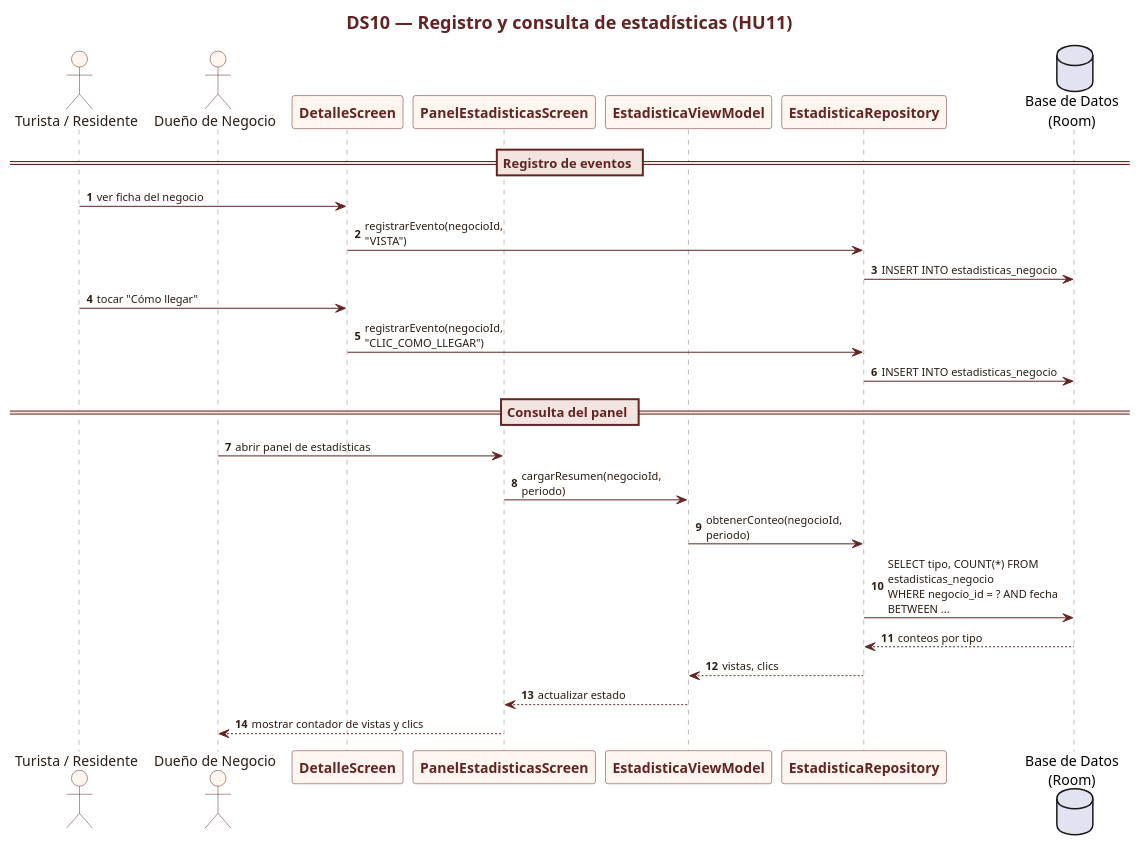
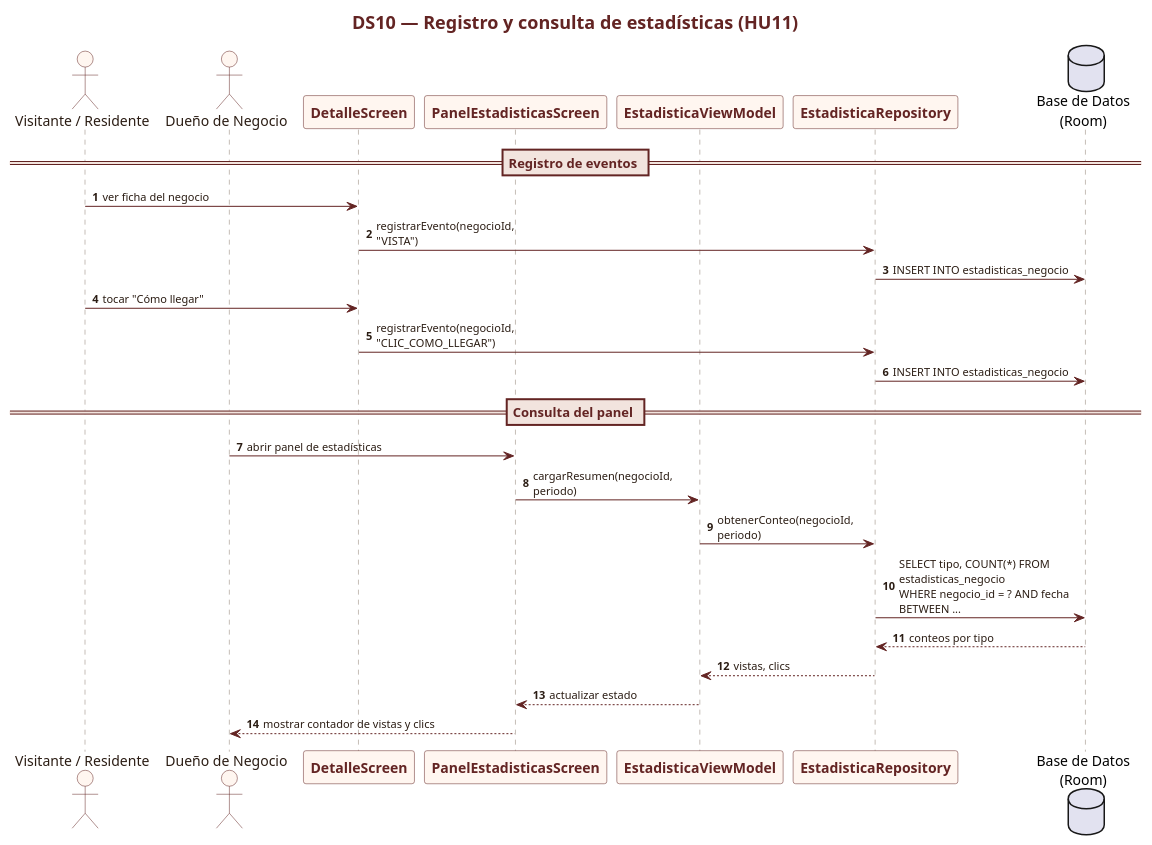
Before and after one commit to chelingo1994/LuciDan: the diagram in diagrams/S3_DS10_Estadisticas_Negocio.puml, drawn with PlantUML. The commit also changed 197 other files, not shown here.

```diff
--- a/diagrams/S3_DS10_Estadisticas_Negocio.puml
+++ b/diagrams/S3_DS10_Estadisticas_Negocio.puml
@@ -1,63 +1,63 @@
 @startuml
 
 skinparam backgroundColor white
 skinparam shadowing false
 skinparam defaultFontName Arial
 skinparam maxMessageSize 180
 skinparam sequenceArrowThickness 1
 skinparam ArrowColor #632423
 skinparam ArrowFontColor #2B1D14
 skinparam ArrowFontSize 11
 skinparam sequence {
   ActorBorderColor #632423
   ActorBackgroundColor #FFF6F0
   ActorFontColor #2B1D14
   ParticipantBorderColor #632423
   ParticipantBackgroundColor #FFF6F0
   ParticipantFontColor #632423
   ParticipantFontStyle bold
   LifeLineBorderColor #8A7A6C
   LifeLineBackgroundColor #FFF6F0
   BoxBorderColor #632423
   BoxFontColor #632423
   BoxBackgroundColor #FFF9F5
   DividerBorderColor #632423
   DividerBackgroundColor #F2E4DE
   DividerFontColor #632423
 }
 skinparam titleFontColor #632423
 skinparam titleFontSize 18
 skinparam titleFontStyle bold
 skinparam noteBackgroundColor #FFF9E8
 skinparam noteBorderColor #8A7A6C
 
 
 title DS10 — Registro y consulta de estadísticas (HU11)
 autonumber
-actor "Turista / Residente" as T
+actor "Visitante / Residente" as T
 actor "Dueño de Negocio" as N
 participant "DetalleScreen" as UID
 participant "PanelEstadisticasScreen" as UIN
 participant "EstadisticaViewModel" as VM
 participant "EstadisticaRepository" as REPO
 database "Base de Datos\n(Room)" as DB
 
 == Registro de eventos ==
 T -> UID : ver ficha del negocio
 UID -> REPO : registrarEvento(negocioId, "VISTA")
 REPO -> DB : INSERT INTO estadisticas_negocio
 T -> UID : tocar "Cómo llegar"
 UID -> REPO : registrarEvento(negocioId, "CLIC_COMO_LLEGAR")
 REPO -> DB : INSERT INTO estadisticas_negocio
 
 == Consulta del panel ==
 N -> UIN : abrir panel de estadísticas
 UIN -> VM : cargarResumen(negocioId, periodo)
 VM -> REPO : obtenerConteo(negocioId, periodo)
 REPO -> DB : SELECT tipo, COUNT(*) FROM estadisticas_negocio\nWHERE negocio_id = ? AND fecha BETWEEN ...
 DB --> REPO : conteos por tipo
 REPO --> VM : vistas, clics
 VM --> UIN : actualizar estado
 UIN --> N : mostrar contador de vistas y clics
 
 @enduml
```
